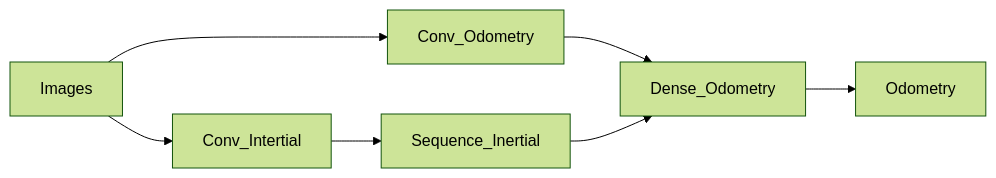
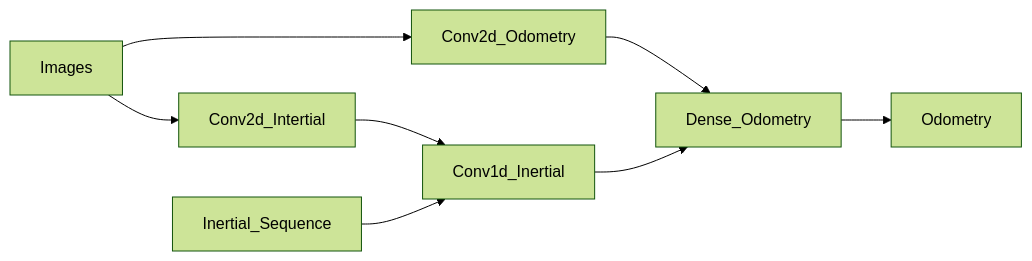
One commit to RijadSK/almost-vio changed the diagram in README.md. Above: the diagram before and after it, drawn with Mermaid (forest theme).

````diff
--- a/README.md
+++ b/README.md
@@ -7,9 +7,10 @@
 ```mermaid
 graph LR;
-    Images-->Conv_Odometry;
-    Images-->Conv_Intertial;
-    Conv_Odometry-->Dense_Odometry;
-    Conv_Intertial-->Sequence_Inertial;
-    Sequence_Inertial-->Dense_Odometry;
+    Images-->Conv2d_Odometry;
+    Images-->Conv2d_Intertial;
+    Conv2d_Odometry-->Dense_Odometry;
+    Conv2d_Intertial-->Conv1d_Inertial;
+    Inertial_Sequence-->Conv1d_Inertial;
+    Conv1d_Inertial-->Dense_Odometry;
     Dense_Odometry-->Odometry;
 ```
````
